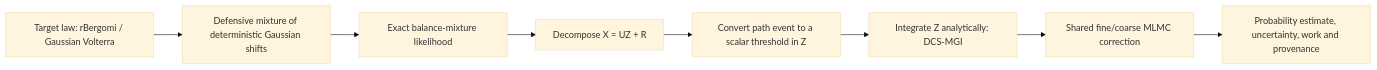
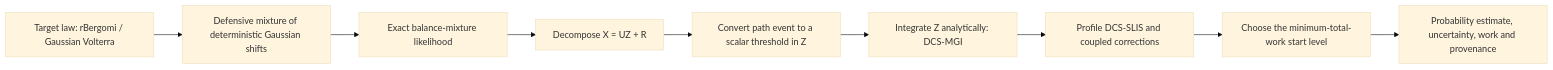
Before and after one commit to YoungJun0814/Neural_Path_Intergral: the diagram in README.md, drawn with Mermaid (base theme). The commit also changed other lines of this file and 6 other files, not shown here.

````diff
--- a/README.md
+++ b/README.md
@@ -68,10 +74,11 @@
 ```mermaid
 flowchart LR
     A["Target law: rBergomi / Gaussian Volterra"] --> B["Defensive mixture of deterministic Gaussian shifts"]
     B --> C["Exact balance-mixture likelihood"]
     C --> D["Decompose X = UZ + R"]
     D --> E["Convert path event to a scalar threshold in Z"]
     E --> F["Integrate Z analytically: DCS-MGI"]
-    F --> G["Shared fine/coarse MLMC correction"]
-    G --> H["Probability estimate, uncertainty, work and provenance"]
+    F --> G["Profile DCS-SLIS and coupled corrections"]
+    G --> H["Choose the minimum-total-work start level"]
+    H --> I["Probability estimate, uncertainty, work and provenance"]
 ```
````
